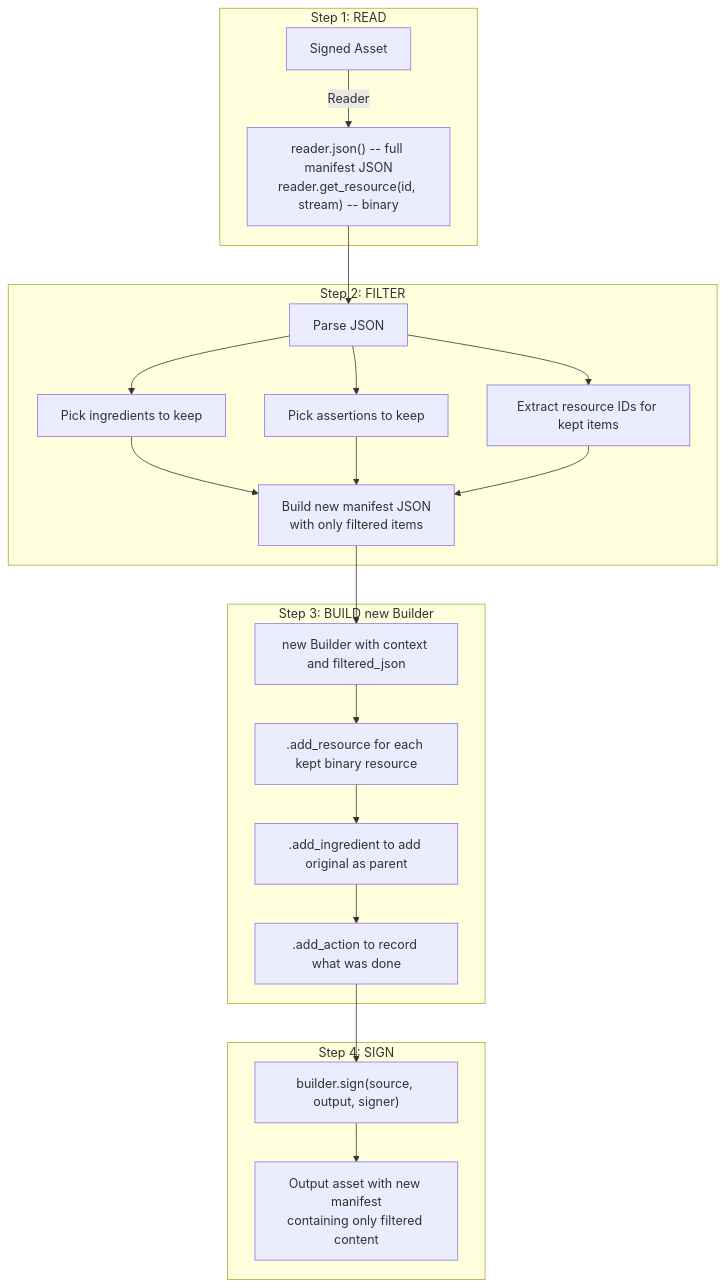
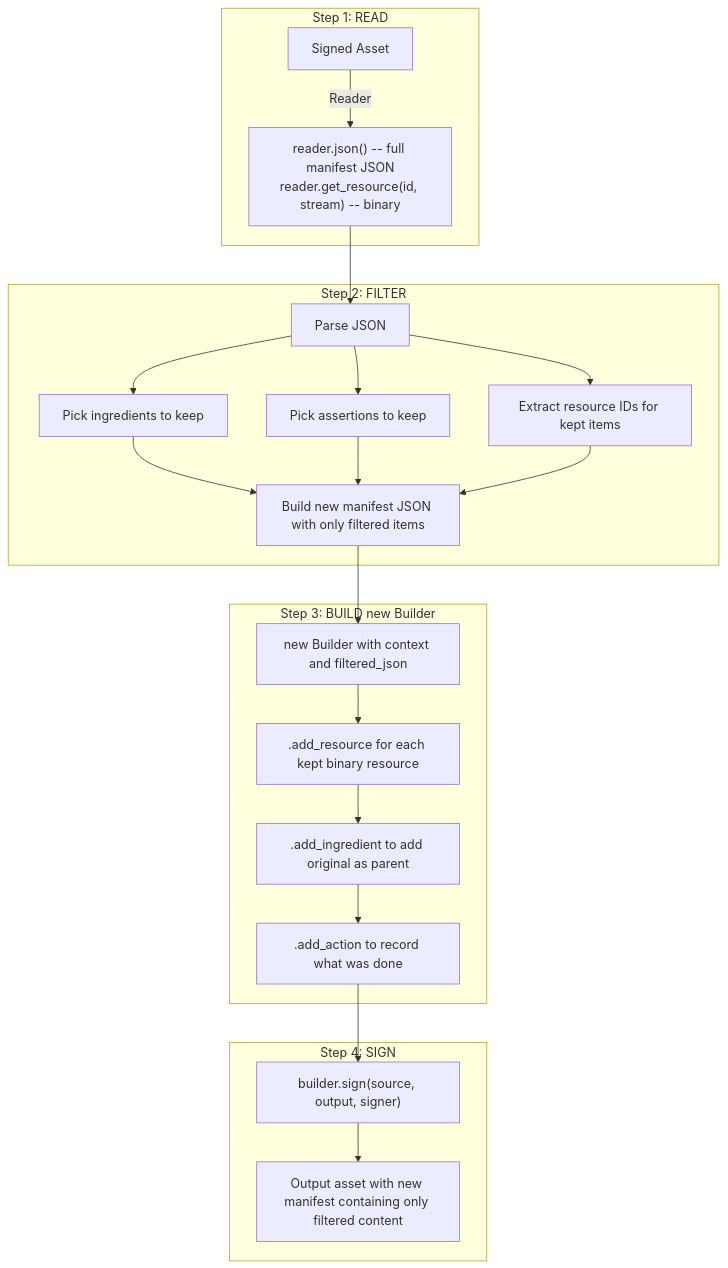
One commit to contentauth/c2pa-c changed the ninth of 11 diagrams in docs/selective-manifests.md. Above: the diagram before and after it, drawn with Mermaid. The commit also changed other lines of this file, not shown here.

````diff
--- a/docs/selective-manifests.md
+++ b/docs/selective-manifests.md
@@ -443,26 +443,26 @@
 ```mermaid
 flowchart TD
     subgraph Step1["Step 1: READ"]
         SA[Signed Asset] -->|Reader| RD["reader.json() -- full manifest JSON\nreader.get_resource(id, stream) -- binary"]
     end
 
     subgraph Step2["Step 2: FILTER"]
         RD --> FI[Parse JSON]
         FI --> F1[Pick ingredients to keep]
         FI --> F2[Pick assertions to keep]
         FI --> F3[Extract resource IDs for kept items]
-        F1 & F2 & F3 --> FM[Build new manifest JSON\nwith only filtered items]
+        F1 & F2 & F3 --> FM[Build new manifest JSON with only filtered items]
     end
 
     subgraph Step3["Step 3: BUILD new Builder"]
         FM --> BLD["new Builder with context and filtered_json"]
         BLD --> AR[".add_resource for each kept binary resource"]
         AR --> AI[".add_ingredient to add original as parent"]
         AI --> AA[".add_action to record what was done"]
     end
 
     subgraph Step4["Step 4: SIGN"]
         AA --> SIGN["builder.sign(source, output, signer)"]
-        SIGN --> OUT[Output asset with new manifest\ncontaining only filtered content]
+        SIGN --> OUT[Output asset with new manifest containing only filtered content]
     end
 ```
````
